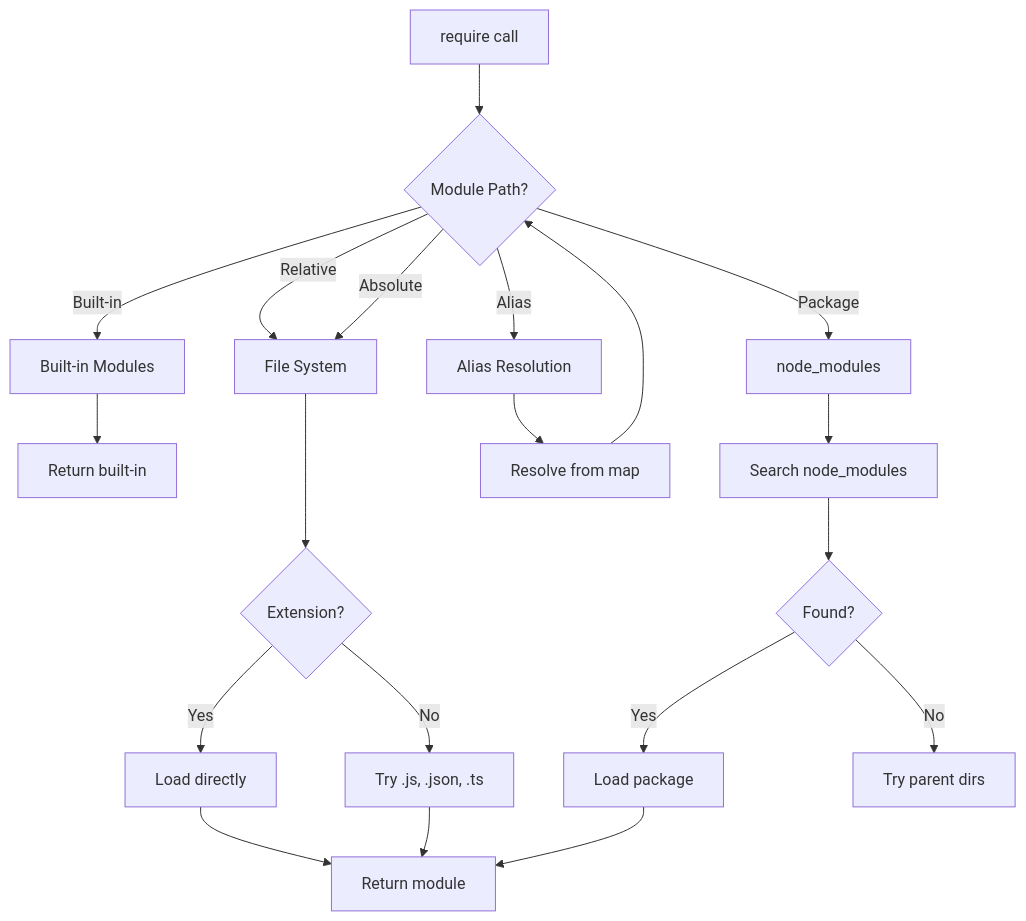
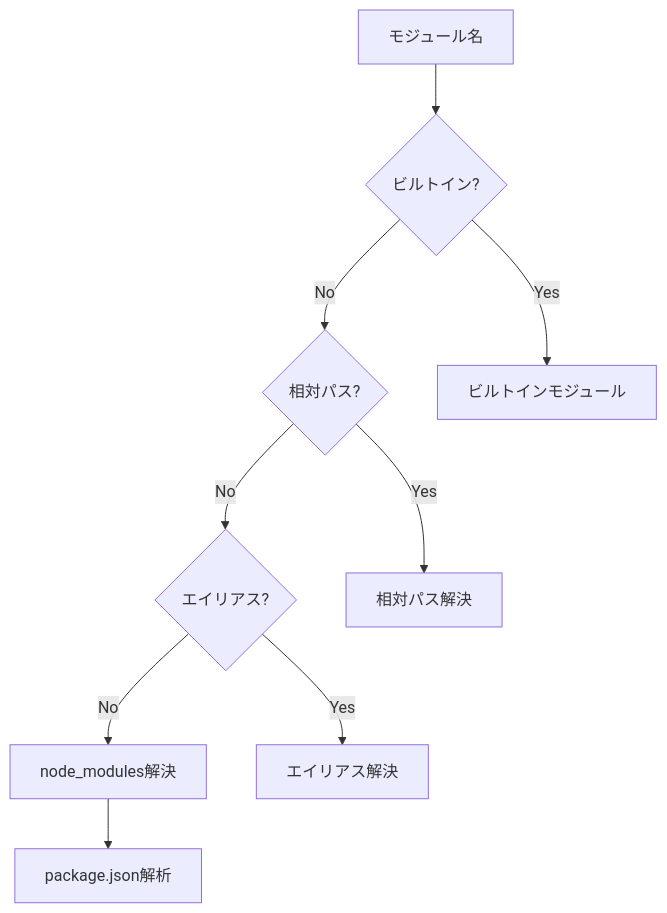
The fourth of 12 diagrams in docs/NODE-RUNTIME.md (Stasshe/Pyxis-CodeCanvas), drawn with Mermaid before and after one commit. The commit also changed other lines of this file and 4 other files, not shown here.

````diff
--- a/docs/NODE-RUNTIME.md
+++ b/docs/NODE-RUNTIME.md
@@ -353,28 +182,22 @@
 ```mermaid
 graph TB
-    A[require call] --> B{Module Path?}
+    Start[モジュール名]
+    BuiltIn{ビルトイン?}
+    Relative{相対パス?}
+    Alias{エイリアス?}
+    NodeMods[node_modules解決]
     
-    B -->|Built-in| C[Built-in Modules]
-    B -->|Relative| D[File System]
-    B -->|Absolute| D
-    B -->|Package| E[node_modules]
-    B -->|Alias| F[Alias Resolution]
+    BuiltInMod[ビルトインモジュール]
+    RelPath[相対パス解決]
+    AliasPath[エイリアス解決]
+    PkgJSON[package.json解析]
     
-    C --> G[Return built-in]
-    
-    D --> H{Extension?}
-    H -->|Yes| I[Load directly]
-    H -->|No| J[Try .js, .json, .ts]
-    
-    E --> K[Search node_modules]
-    K --> L{Found?}
-    L -->|Yes| M[Load package]
-    L -->|No| N[Try parent dirs]
-    
-    F --> O[Resolve from map]
-    O --> B
-    
-    I --> P[Return module]
-    J --> P
-    M --> P
+    Start --> BuiltIn
+    BuiltIn -->|Yes| BuiltInMod
+    BuiltIn -->|No| Relative
+    Relative -->|Yes| RelPath
+    Relative -->|No| Alias
+    Alias -->|Yes| AliasPath
+    Alias -->|No| NodeMods
+    NodeMods --> PkgJSON
 ```
````
